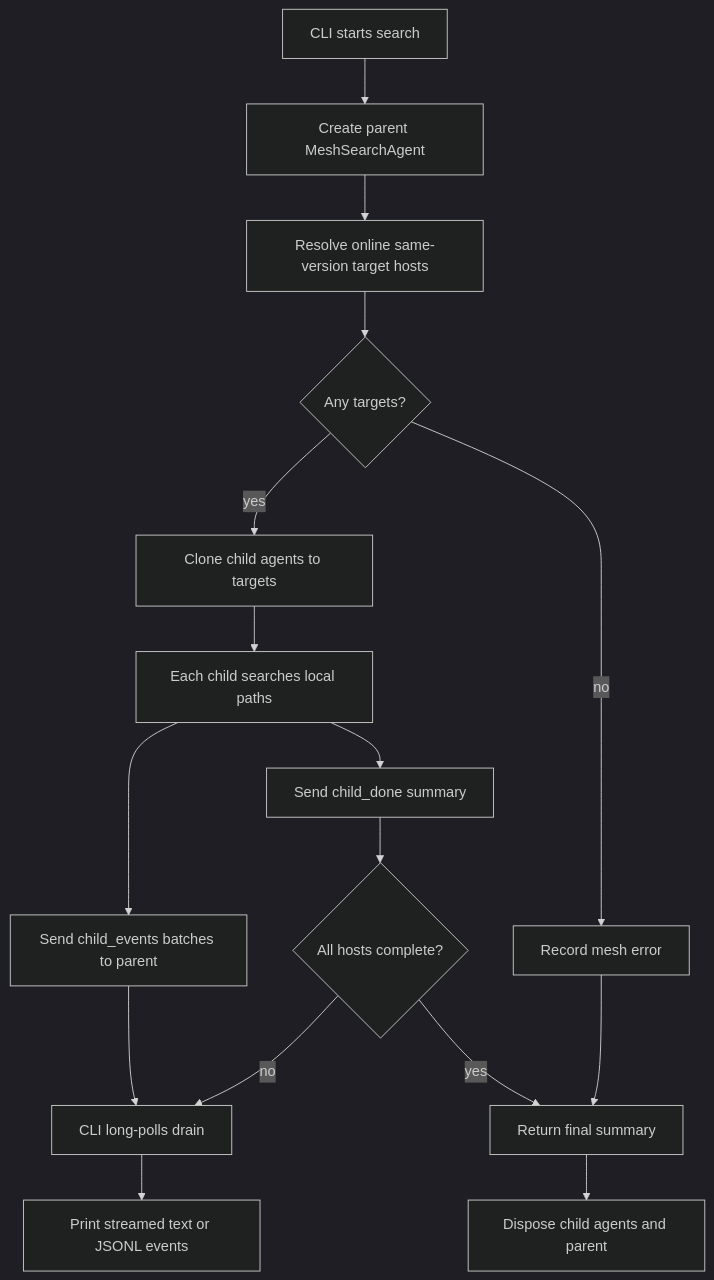
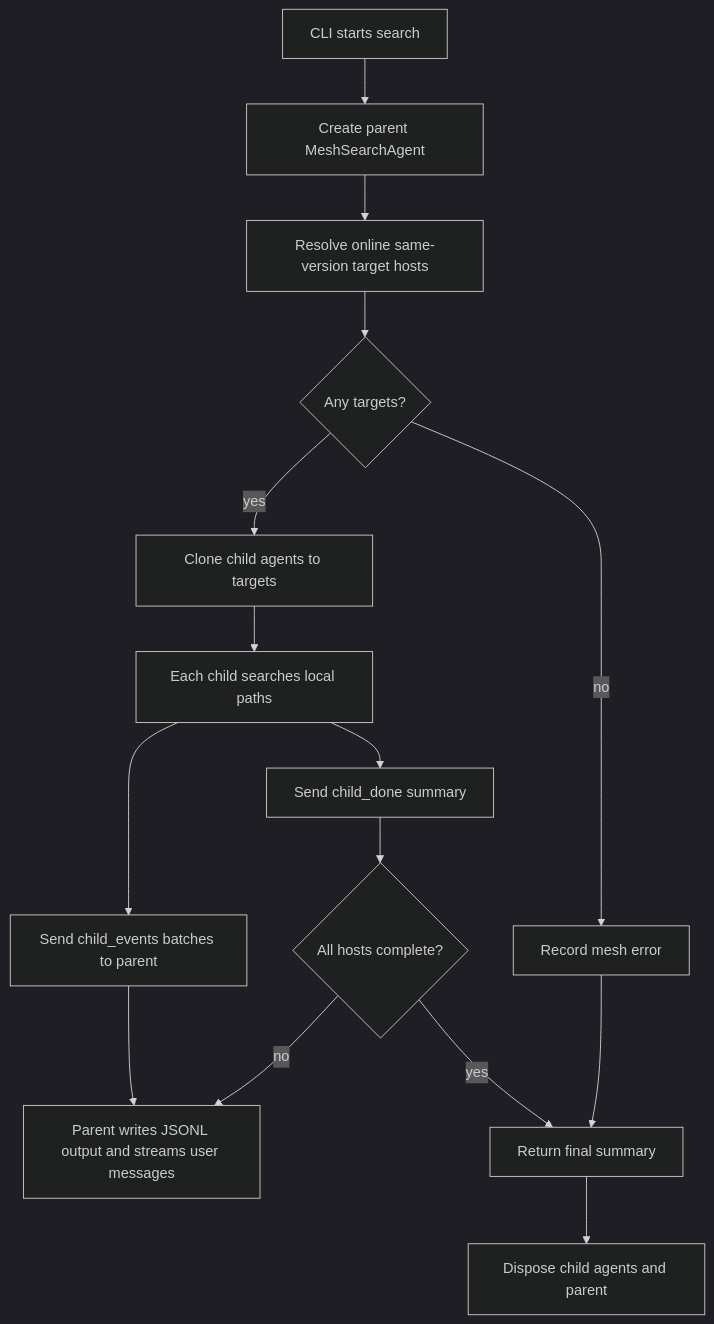
One commit to cklukas/paglets changed the second of 2 diagrams in docs/examples/search.md. Above: the diagram before and after it, drawn with Mermaid (dark theme). The commit also changed other lines of this file and 47 other files, not shown here.

Commit message:
rework examples etc. to avoid "polling" or waiting for results, instead use user-info service for result output

````diff
--- a/docs/examples/search.md
+++ b/docs/examples/search.md
@@ -141,18 +137,17 @@
 ```mermaid
 flowchart TD
     Start["CLI starts search"] --> Parent["Create parent MeshSearchAgent"]
     Parent --> Resolve["Resolve online same-version target hosts"]
     Resolve --> Clone{"Any targets?"}
     Clone -- "yes" --> Children["Clone child agents to targets"]
     Clone -- "no" --> NoTargets["Record mesh error"]
     Children --> LocalSearch["Each child searches local paths"]
     LocalSearch --> EventBatch["Send child_events batches to parent"]
-    EventBatch --> Drain["CLI long-polls drain"]
-    Drain --> Print["Print streamed text or JSONL events"]
+    EventBatch --> Output["Parent writes JSONL output and streams user messages"]
     LocalSearch --> Done["Send child_done summary"]
     Done --> Complete{"All hosts complete?"}
-    Complete -- "no" --> Drain
+    Complete -- "no" --> Output
     Complete -- "yes" --> Summary["Return final summary"]
     NoTargets --> Summary
     Summary --> Cleanup["Dispose child agents and parent"]
 ```
````
